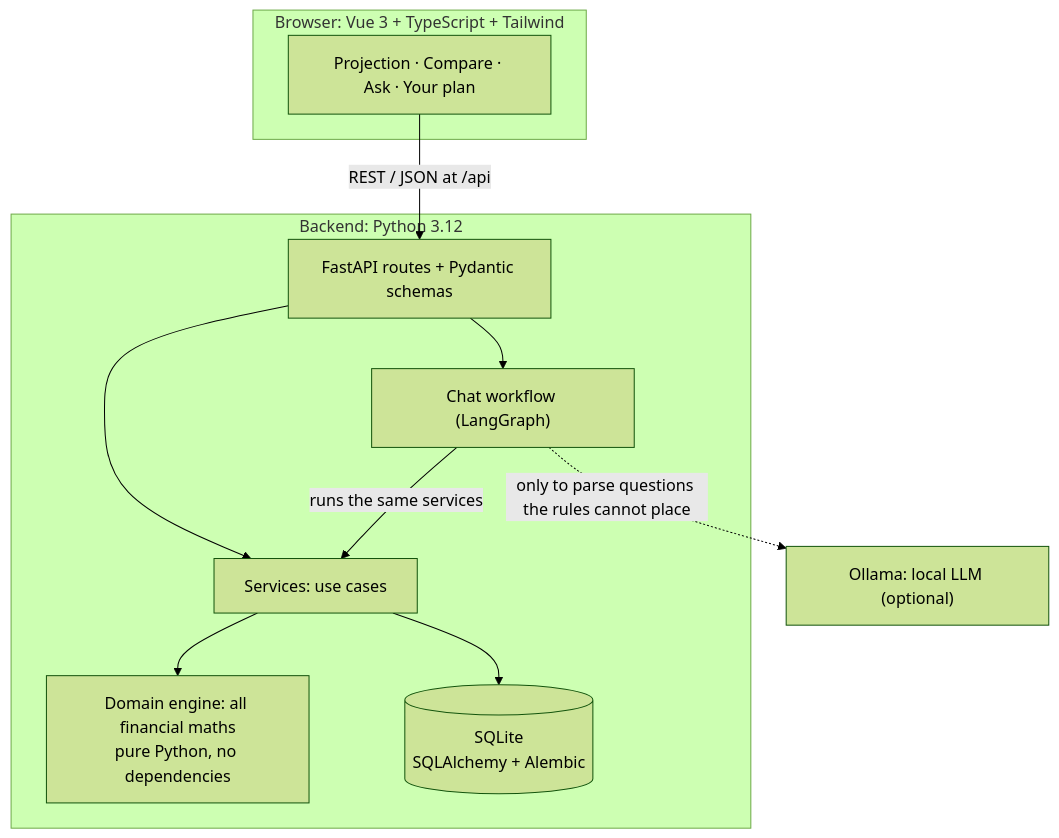
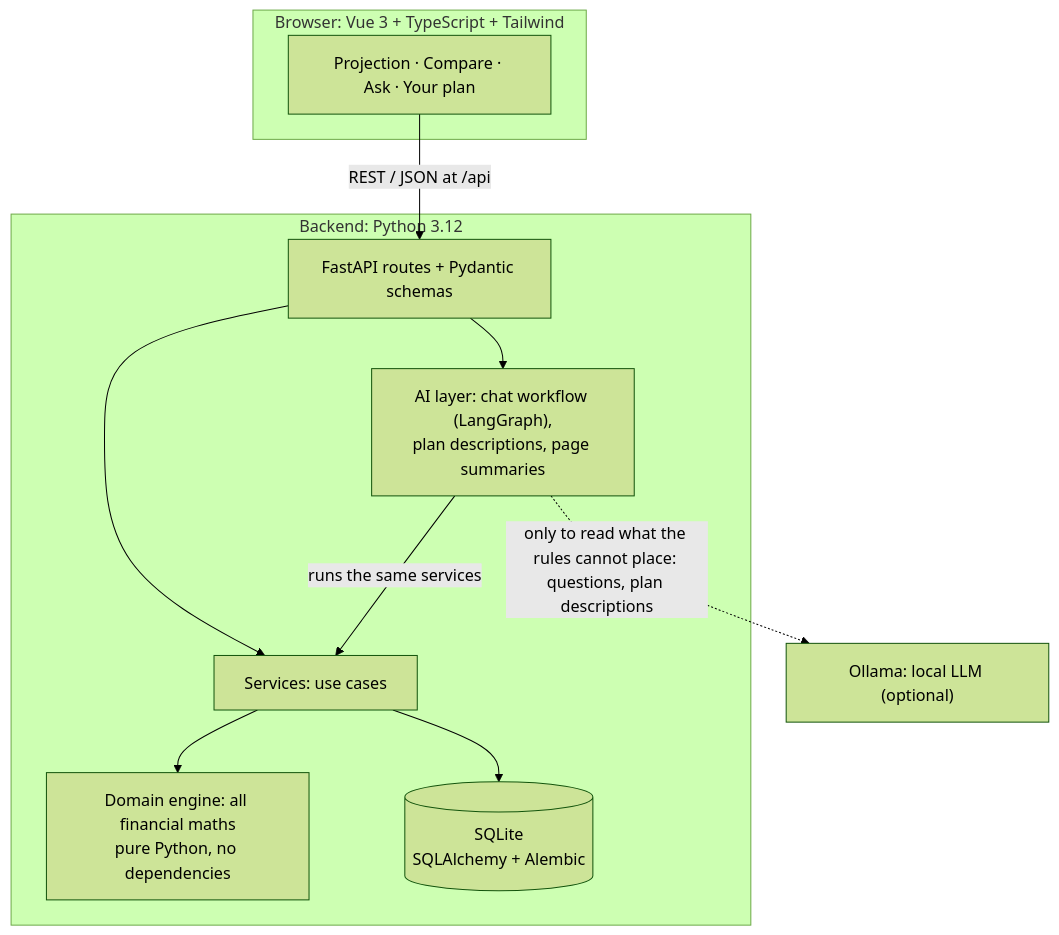
Before and after one commit to rogeriomachado24/finance-planning-assistant: the first of 2 diagrams in README.md, drawn with Mermaid (forest theme). The commit also changed other lines of this file and 6 other files, not shown here.

````diff
--- a/README.md
+++ b/README.md
@@ -29,22 +32,22 @@
 ```mermaid
 flowchart TB
   subgraph UI["Browser: Vue 3 + TypeScript + Tailwind"]
     pages["Projection · Compare · Ask · Your plan"]
   end
   subgraph API_["Backend: Python 3.12"]
     api["FastAPI routes + Pydantic schemas"]
-    chat["Chat workflow (LangGraph)"]
+    chat["AI layer: chat workflow (LangGraph),<br/>plan descriptions, page summaries"]
     services["Services: use cases"]
     domain["Domain engine: all financial maths<br/>pure Python, no dependencies"]
     db[("SQLite<br/>SQLAlchemy + Alembic")]
   end
   llm["Ollama: local LLM (optional)"]
 
   pages -- "REST / JSON at /api" --> api
   api --> services
   api --> chat
   chat -- "runs the same services" --> services
   services --> domain
   services --> db
-  chat -. "only to parse questions the rules cannot place" .-> llm
+  chat -. "only to read what the rules cannot place: questions, plan descriptions" .-> llm
 ```
````
